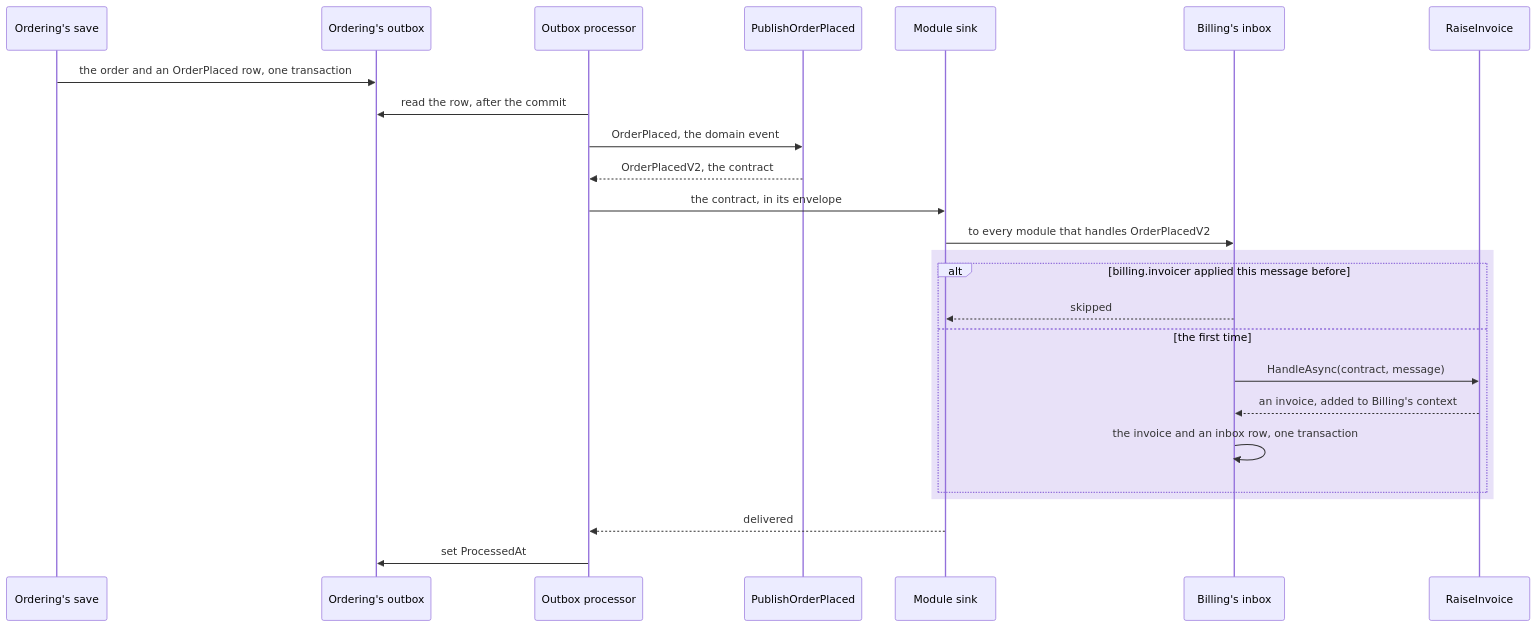
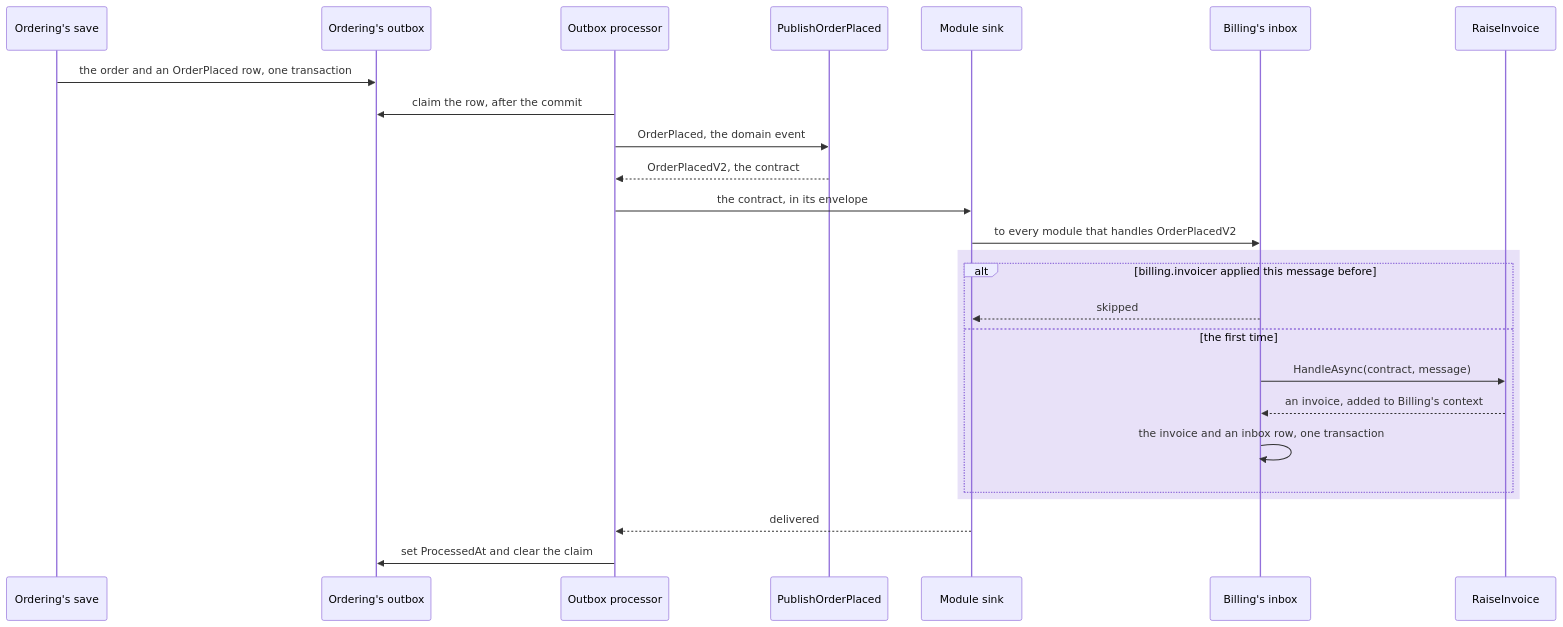
The second of 7 diagrams in docs/integration-events.md (DylanSnel/DDDToolkit), drawn with Mermaid before and after one commit. The commit also changed other lines of this file and 49 other files, not shown here.

First line of the commit message:
Add the OutboxLease migrations to the samples and document the claim

````diff
--- a/docs/integration-events.md
+++ b/docs/integration-events.md
@@ -226,28 +226,28 @@
 ```mermaid
 sequenceDiagram
     participant Save as Ordering's save
     participant Outbox as Ordering's outbox
     participant Processor as Outbox processor
     participant Publish as PublishOrderPlaced
     participant Sink as Module sink
     participant Inbox as Billing's inbox
     participant Handler as RaiseInvoice
 
     Save->>Outbox: the order and an OrderPlaced row, one transaction
-    Processor->>Outbox: read the row, after the commit
+    Processor->>Outbox: claim the row, after the commit
     Processor->>Publish: OrderPlaced, the domain event
     Publish-->>Processor: OrderPlacedV2, the contract
     Processor->>Sink: the contract, in its envelope
     Sink->>Inbox: to every module that handles OrderPlacedV2
     rect rgba(91, 46, 201, 0.14)
         alt billing.invoicer applied this message before
             Inbox-->>Sink: skipped
         else the first time
             Inbox->>Handler: HandleAsync(contract, message)
             Handler-->>Inbox: an invoice, added to Billing's context
             Inbox->>Inbox: the invoice and an inbox row, one transaction
         end
     end
     Sink-->>Processor: delivered
-    Processor->>Outbox: set ProcessedAt
+    Processor->>Outbox: set ProcessedAt and clear the claim
 ```
````
